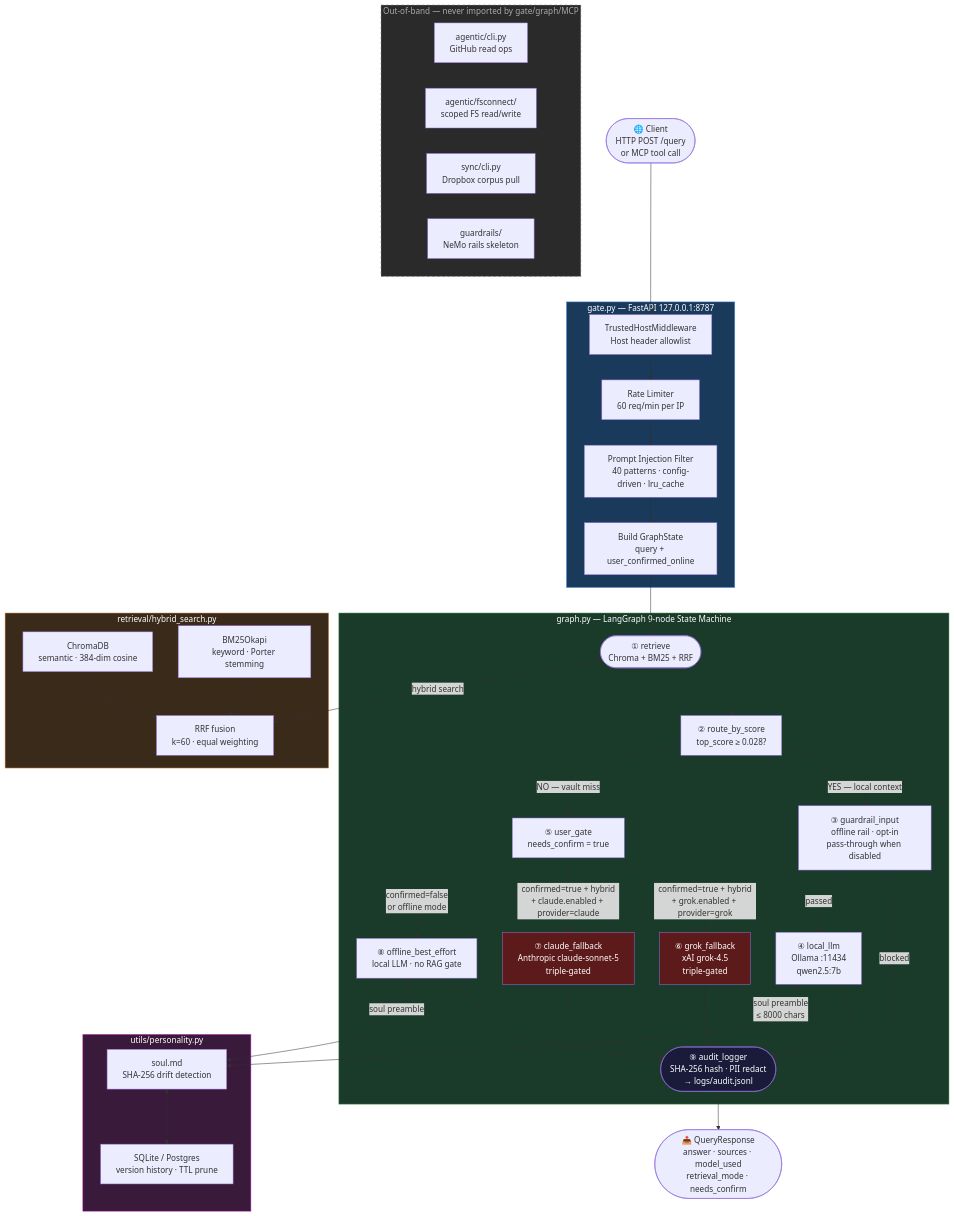
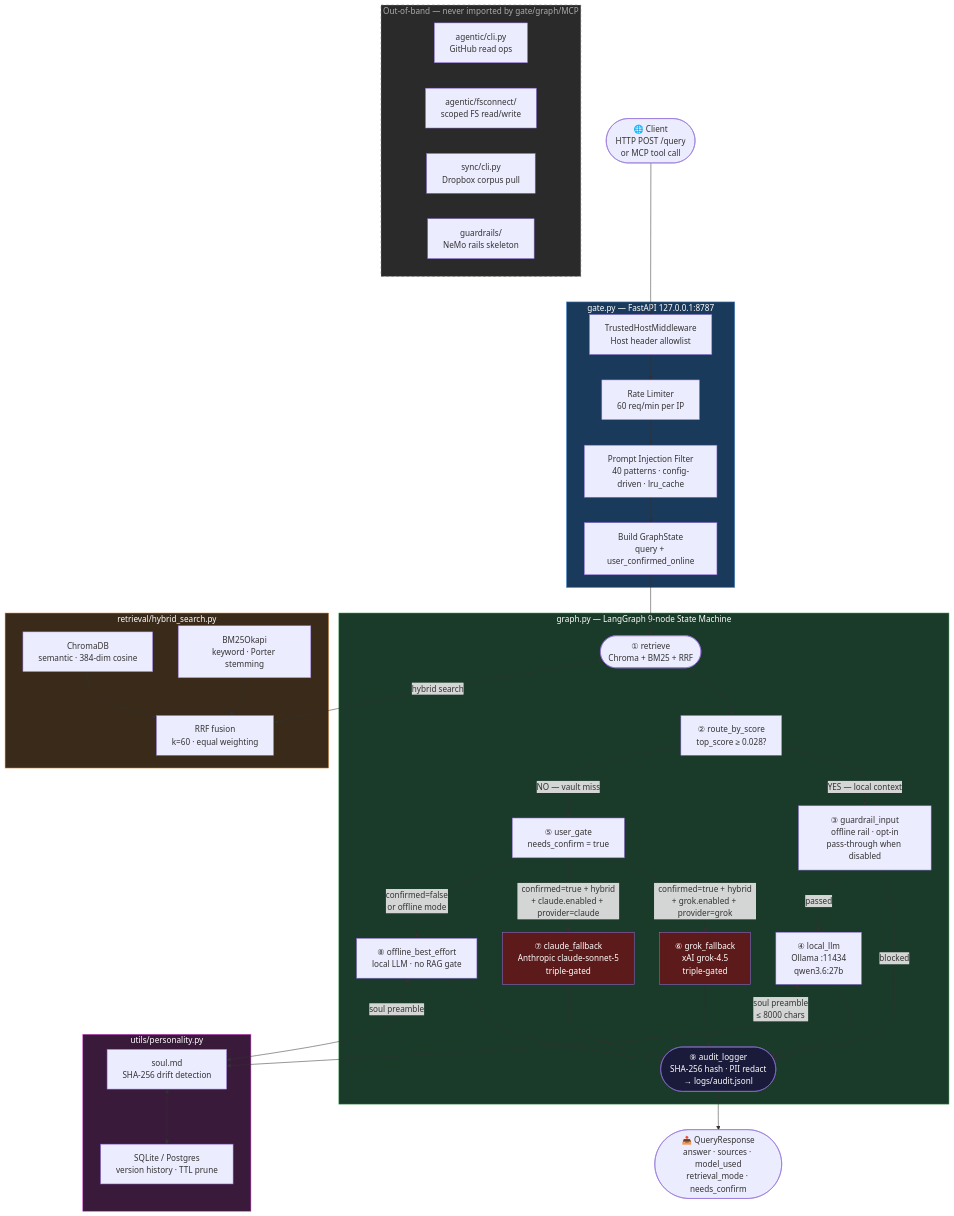
One commit to CGFixIT/PsyClaw changed the diagram in README.md. Above: the diagram before and after it, drawn with Mermaid. The commit also changed other lines of this file and 17 other files, not shown here.

````diff
--- a/README.md
+++ b/README.md
@@ -115,68 +115,68 @@
 ```mermaid
 flowchart TD
     A(["🌐 Client\nHTTP POST /query\nor MCP tool call"])
     A --> B
 
     subgraph GATEWAY ["gate.py — FastAPI 127.0.0.1:8787"]
         B["TrustedHostMiddleware\nHost header allowlist"]
         B --> C["Rate Limiter\n60 req/min per IP"]
         C --> D["Prompt Injection Filter\n40 patterns · config-driven · lru_cache"]
         D --> E["Build GraphState\nquery + user_confirmed_online"]
     end
 
     E --> F
 
     subgraph GRAPH ["graph.py — LangGraph 9-node State Machine"]
         F(["① retrieve\nChroma + BM25 + RRF"])
         F --> G["② route_by_score\ntop_score ≥ 0.028?"]
         G -->|"YES — local context"| X["③ guardrail_input\noffline rail · opt-in\npass-through when disabled"]
         X -->|"blocked"| L
-        X -->|"passed"| H["④ local_llm\nOllama :11434\nqwen2.5:7b"]
+        X -->|"passed"| H["④ local_llm\nOllama :11434\nqwen3.6:27b"]
         G -->|"NO — vault miss"| I["⑤ user_gate\nneeds_confirm = true"]
         I -->|"confirmed=true + hybrid\n+ grok.enabled + provider=grok"| J["⑥ grok_fallback\nxAI grok-4.5\ntriple-gated"]
         I -->|"confirmed=true + hybrid\n+ claude.enabled + provider=claude"| W["⑦ claude_fallback\nAnthropic claude-sonnet-5\ntriple-gated"]
         I -->|"confirmed=false\nor offline mode"| K["⑧ offline_best_effort\nlocal LLM · no RAG gate"]
         H --> L
         J --> L
         W --> L
         K --> L
         L(["⑨ audit_logger\nSHA-256 hash · PII redact\n→ logs/audit.jsonl"])
     end
 
     L --> M(["📤 QueryResponse\nanswer · sources · model_used\nretrieval_mode · needs_confirm"])
 
     subgraph RETRIEVAL ["retrieval/hybrid_search.py"]
         N["ChromaDB\nsemantic · 384-dim cosine"]
         O["BM25Okapi\nkeyword · Porter stemming"]
         P["RRF fusion\nk=60 · equal weighting"]
         N --> P
         O --> P
     end
 
     F <-->|"hybrid search"| P
 
     subgraph SOUL ["utils/personality.py"]
         Q["soul.md\nSHA-256 drift detection"]
         R["SQLite / Postgres\nversion history · TTL prune"]
         Q <--> R
     end
 
     H <-->|"soul preamble\n≤ 8000 chars"| Q
     K <-->|"soul preamble"| Q
 
     subgraph OOB ["Out-of-band — never imported by gate/graph/MCP"]
         S["agentic/cli.py\nGitHub read ops"]
         T["agentic/fsconnect/\nscoped FS read/write"]
         U["sync/cli.py\nDropbox corpus pull"]
         V["guardrails/\nNeMo rails skeleton"]
     end
 
     style GATEWAY fill:#1a3a5c,color:#ffffff,stroke:#4a90d9
     style GRAPH fill:#1a3a2a,color:#ffffff,stroke:#4a9d5a
     style RETRIEVAL fill:#3a2a1a,color:#ffffff,stroke:#d9904a
     style SOUL fill:#3a1a3a,color:#ffffff,stroke:#d94ad9
     style OOB fill:#2a2a2a,color:#aaaaaa,stroke:#666666,stroke-dasharray:5 5
     style J fill:#5c1a1a,color:#ffffff
     style W fill:#5c1a1a,color:#ffffff
     style L fill:#1a1a3a,color:#ffffff
 ```
````
